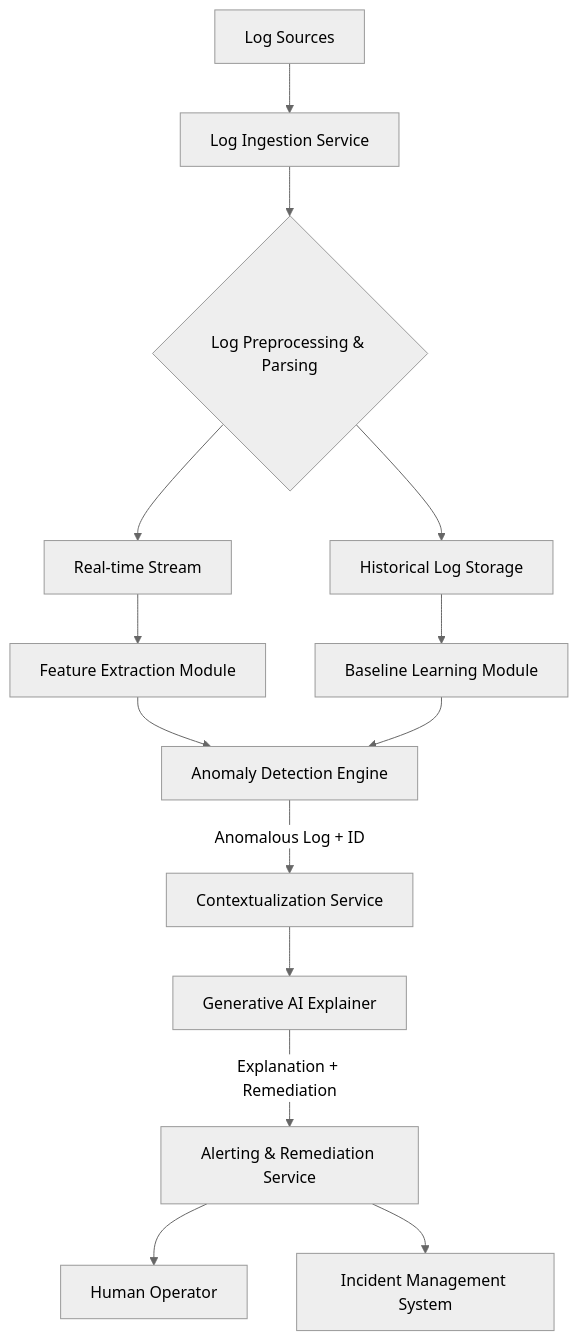
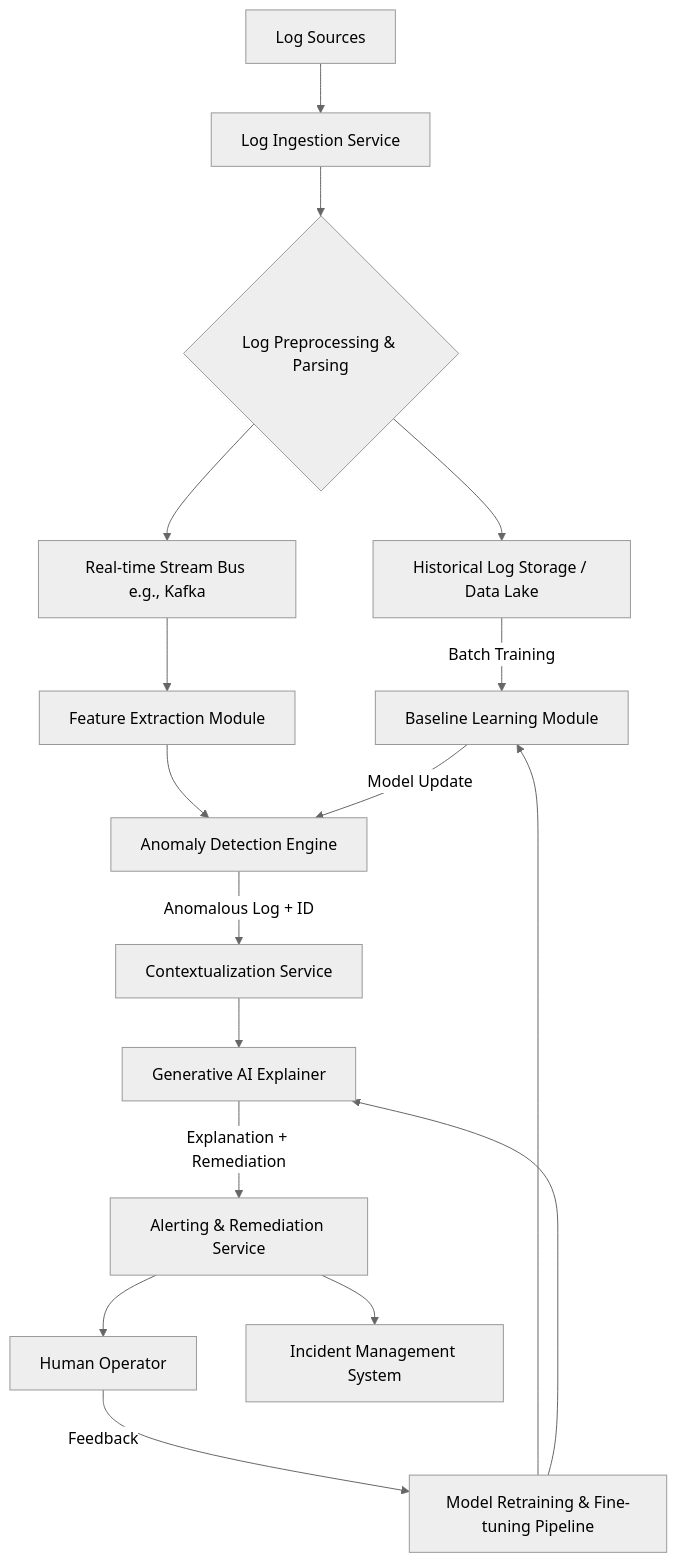
Before and after one commit to diplomat-bit/Citibank_Demo_Business_Inc_Demonstration-: the first of 10 diagrams in inventions/039_ai_powered_log_anomaly_detection.md, drawn with Mermaid (neutral theme). The commit also changed other lines of this file, not shown here.

Commit message:
[AI] Edit: inventions/039_ai_powered_log_anomaly_detection.md

````diff
--- a/inventions/039_ai_powered_log_anomaly_detection.md
+++ b/inventions/039_ai_powered_log_anomaly_detection.md
@@ -16,16 +20,19 @@
 ```mermaid
 graph TD
     A[Log Sources] --> B[Log Ingestion Service]
     B --> C{Log Preprocessing & Parsing}
-    C --> D[Historical Log Storage]
-    C --> E[Real-time Stream]
+    C --> D[Historical Log Storage / Data Lake]
+    C --> E[Real-time Stream Bus e.g., Kafka]
     E --> F[Feature Extraction Module]
     F --> G[Anomaly Detection Engine]
-    D --> H[Baseline Learning Module]
-    H --> G
+    D -- Batch Training --> H[Baseline Learning Module]
+    H -- Model Update --> G
     G -- Anomalous Log + ID --> I[Contextualization Service]
     I --> J[Generative AI Explainer]
     J -- Explanation + Remediation --> K[Alerting & Remediation Service]
     K --> L[Human Operator]
     K --> M[Incident Management System]
+    L -- Feedback --> N[Model Retraining & Fine-tuning Pipeline]
+    N --> H
+    N --> J
 ```
````
